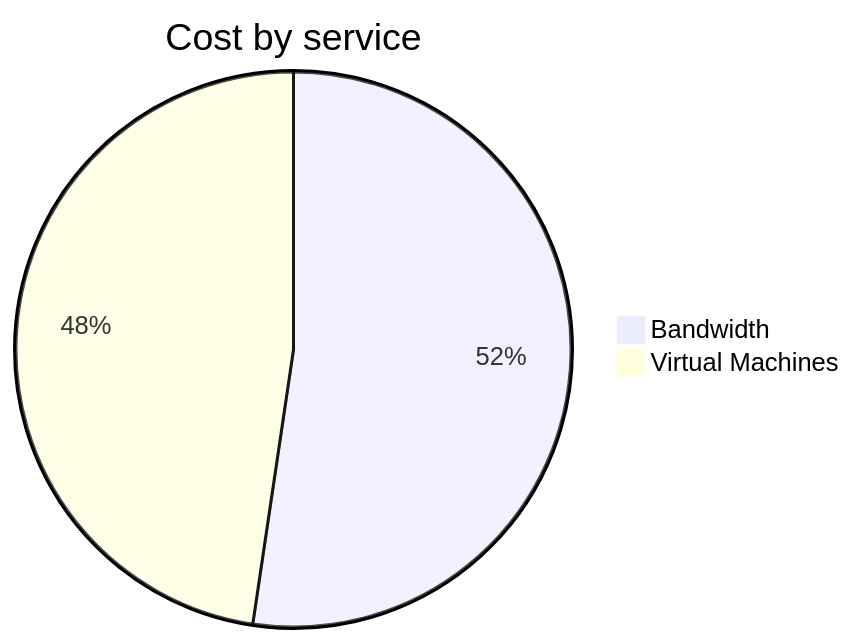
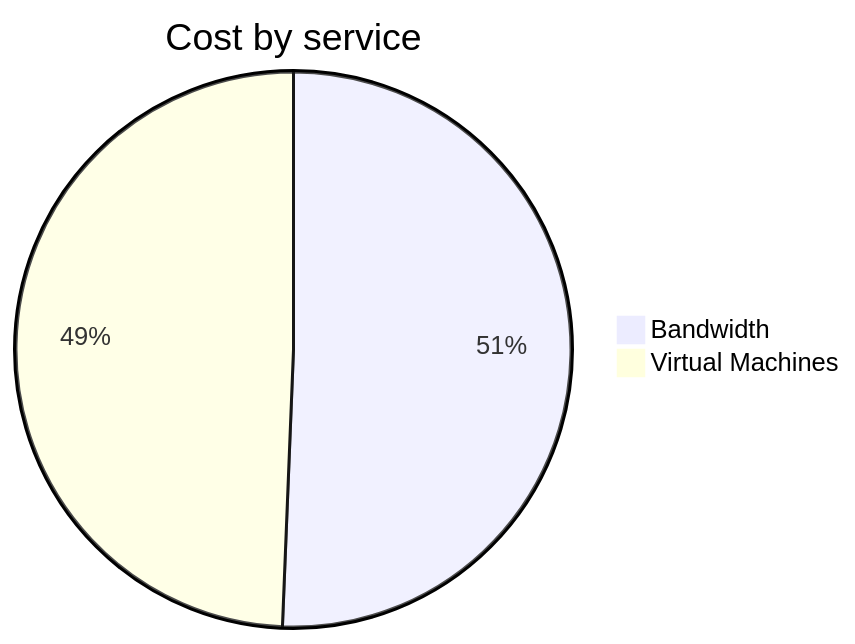
The second of 4 diagrams in cost-reports/personal-network/vpn-server.md (jpfulton/azure-personal-reports), drawn with Mermaid before and after one commit. The commit also changed other lines of this file and 8 other files, not shown here.

````diff
--- a/cost-reports/personal-network/vpn-server.md
+++ b/cost-reports/personal-network/vpn-server.md
@@ -96,6 +96,6 @@
 ```mermaid
 pie
    title Cost by service
    "Bandwidth" : 2.79
-   "Virtual Machines" : 2.54
+   "Virtual Machines" : 2.72
 ```
````
